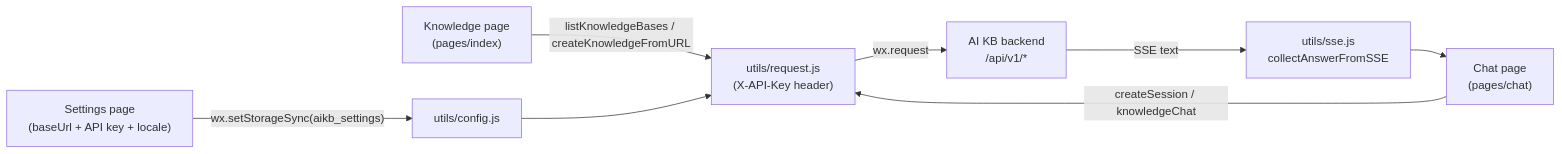
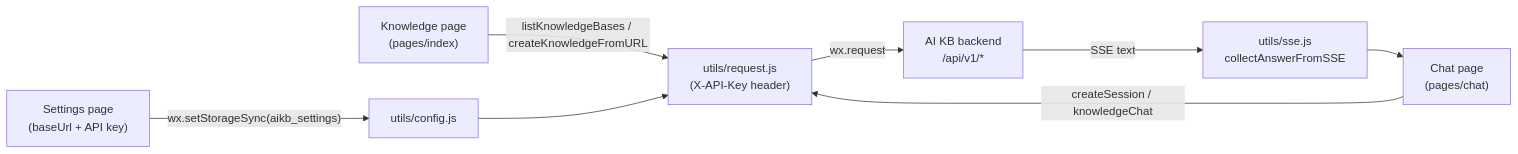
The diagram in website-docs/05-clients/04-miniprogram.md (jrmatherly/ai-kb), drawn with Mermaid before and after one commit. The commit also changed other lines of this file and 8 other files, not shown here.

````diff
--- a/website-docs/05-clients/04-miniprogram.md
+++ b/website-docs/05-clients/04-miniprogram.md
@@ -109,10 +108,10 @@
 ```mermaid
 flowchart LR
-    S["Settings page<br/>(baseUrl + API key + locale)"] -->|"wx.setStorageSync(aikb_settings)"| C["utils/config.js"]
+    S["Settings page<br/>(baseUrl + API key)"] -->|"wx.setStorageSync(aikb_settings)"| C["utils/config.js"]
     K["Knowledge page<br/>(pages/index)"] -->|"listKnowledgeBases / createKnowledgeFromURL"| R["utils/request.js<br/>(X-API-Key header)"]
     Q["Chat page<br/>(pages/chat)"] -->|"createSession / knowledgeChat"| R
     R -->|"wx.request"| B["AI KB backend<br/>/api/v1/*"]
     B -->|"SSE text"| P["utils/sse.js<br/>collectAnswerFromSSE"]
     P --> Q
     C --> R
 ```
````
